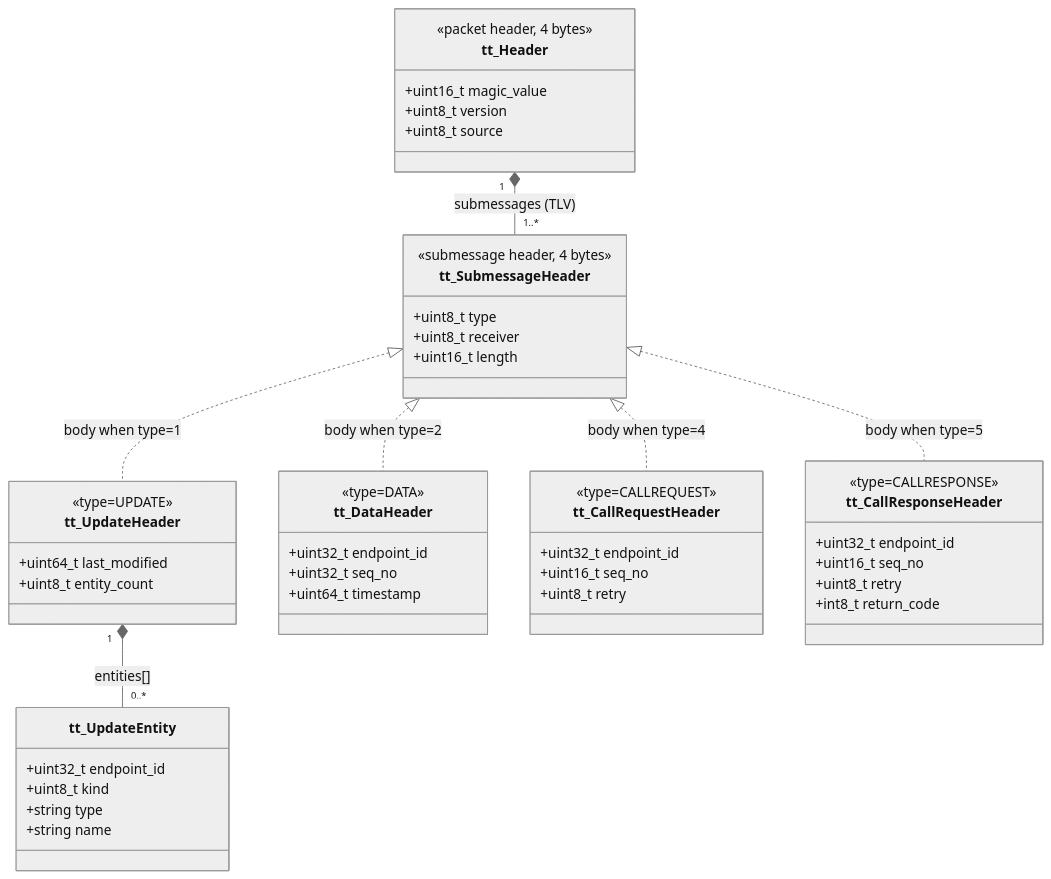
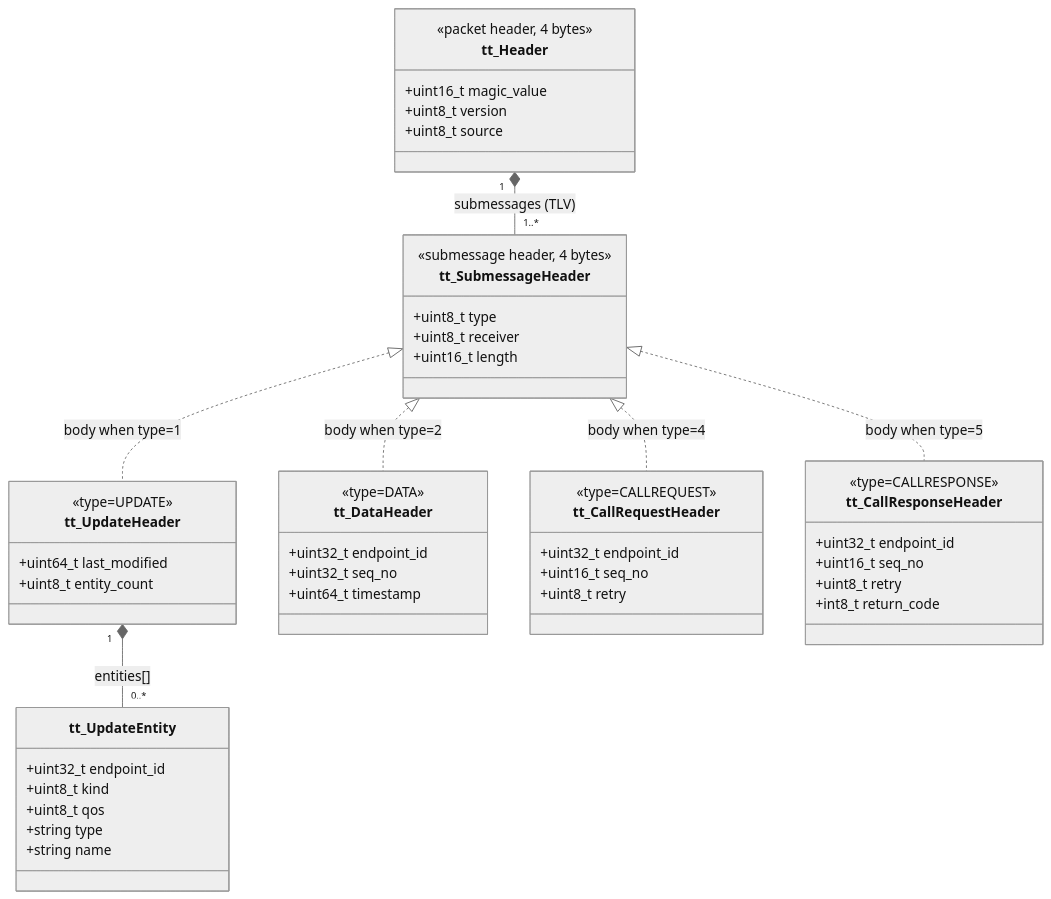
One commit to tsnlab/tickle changed the second of 4 diagrams in DESIGN.md. Above: the diagram before and after it, drawn with Mermaid (neutral theme). The commit also changed 5 other files, not shown here.

````diff
--- a/DESIGN.md
+++ b/DESIGN.md
@@ -132,58 +132,59 @@
 ```mermaid
 classDiagram
     class tt_Header {
         <<packet header, 4 bytes>>
         +uint16_t magic_value
         +uint8_t version
         +uint8_t source
     }
 
     class tt_SubmessageHeader {
         <<submessage header, 4 bytes>>
         +uint8_t type
         +uint8_t receiver
         +uint16_t length
     }
 
     class tt_UpdateHeader {
         <<type=UPDATE>>
         +uint64_t last_modified
         +uint8_t entity_count
     }
 
     class tt_UpdateEntity {
         +uint32_t endpoint_id
         +uint8_t kind
+        +uint8_t qos
         +string type
         +string name
     }
 
     class tt_DataHeader {
         <<type=DATA>>
         +uint32_t endpoint_id
         +uint32_t seq_no
         +uint64_t timestamp
     }
 
     class tt_CallRequestHeader {
         <<type=CALLREQUEST>>
         +uint32_t endpoint_id
         +uint16_t seq_no
         +uint8_t retry
     }
 
     class tt_CallResponseHeader {
         <<type=CALLRESPONSE>>
         +uint32_t endpoint_id
         +uint16_t seq_no
         +uint8_t retry
         +int8_t return_code
     }
 
     tt_Header "1" *-- "1..*" tt_SubmessageHeader : submessages (TLV)
     tt_SubmessageHeader <|.. tt_UpdateHeader : body when type=1
     tt_SubmessageHeader <|.. tt_DataHeader : body when type=2
     tt_SubmessageHeader <|.. tt_CallRequestHeader : body when type=4
     tt_SubmessageHeader <|.. tt_CallResponseHeader : body when type=5
     tt_UpdateHeader "1" *-- "0..*" tt_UpdateEntity : entities[]
 ```
````
